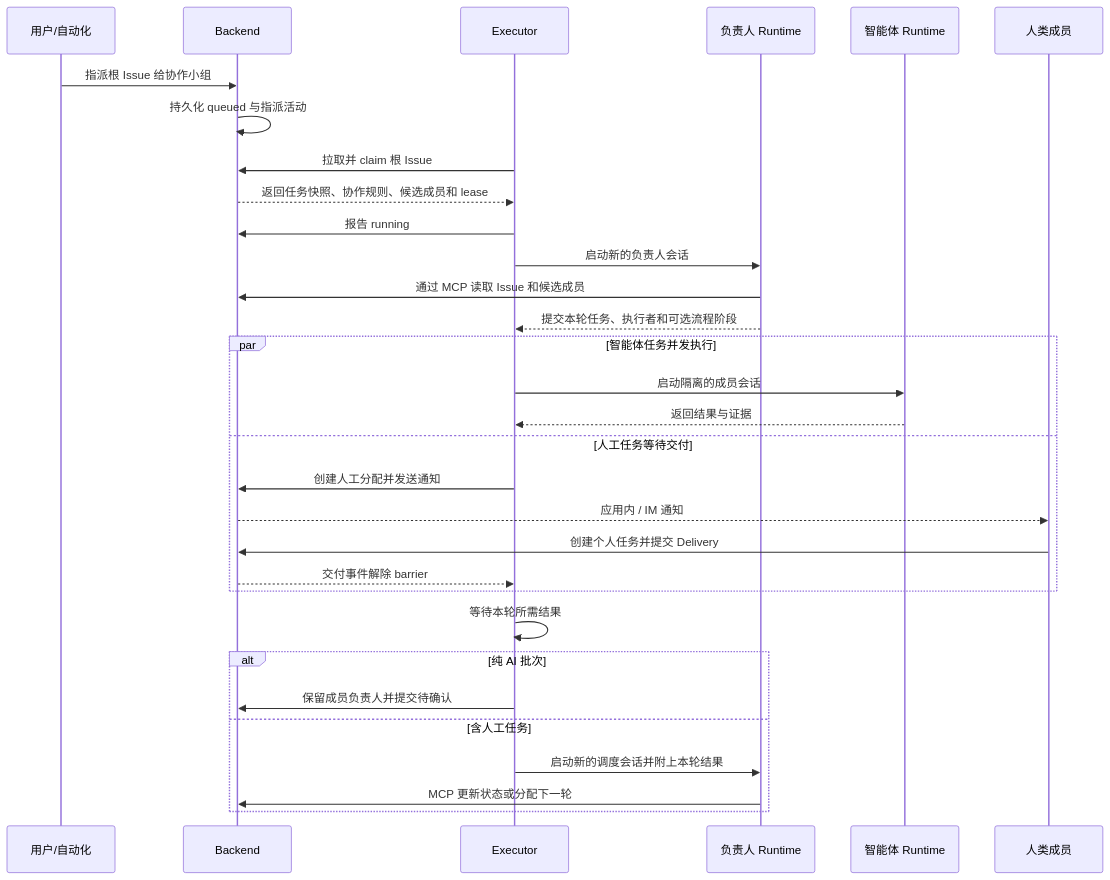
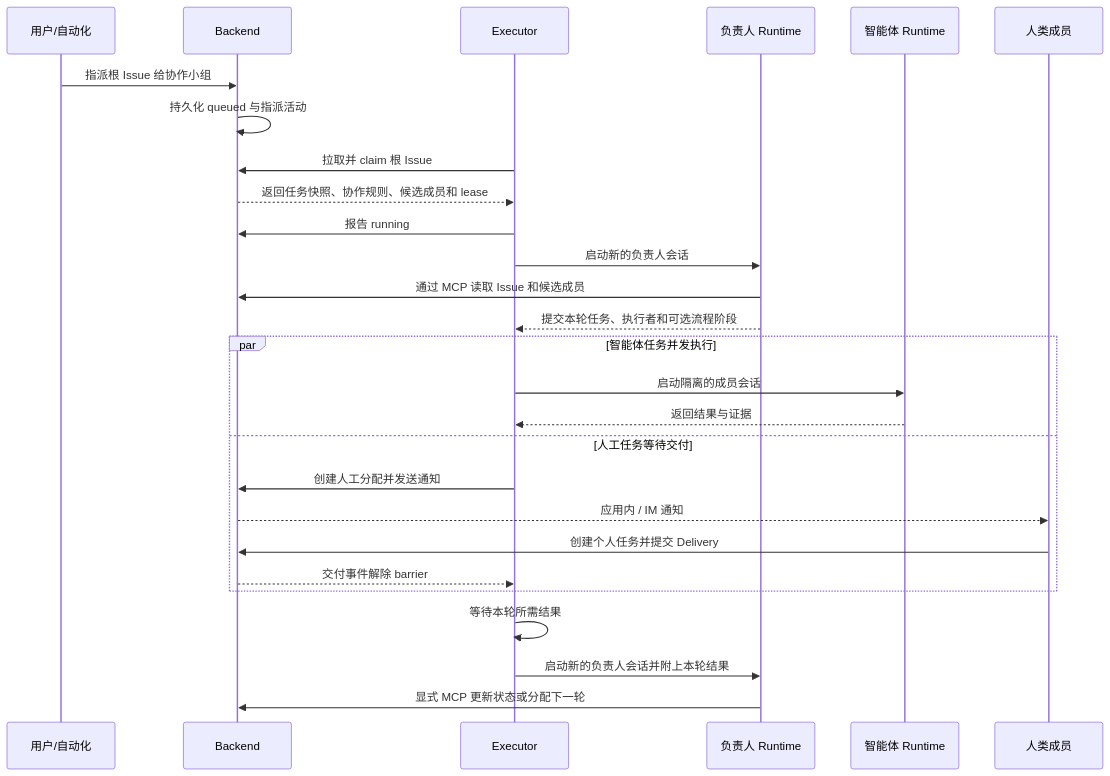
Before and after one commit to wecode-ai/Wegent: the second of 4 diagrams in docs/zh/wegent/developer-guide/cloud-project-collaboration.md, drawn with Mermaid. The commit also changed other lines of this file and 12 other files, not shown here.

````diff
--- a/docs/zh/wegent/developer-guide/cloud-project-collaboration.md
+++ b/docs/zh/wegent/developer-guide/cloud-project-collaboration.md
@@ -165,34 +164,30 @@
 ```mermaid
 sequenceDiagram
     participant U as 用户/自动化
     participant B as Backend
     participant E as Executor
     participant M as 负责人 Runtime
     participant A as 智能体 Runtime
     participant H as 人类成员
 
     U->>B: 指派根 Issue 给协作小组
     B->>B: 持久化 queued 与指派活动
     E->>B: 拉取并 claim 根 Issue
     B-->>E: 返回任务快照、协作规则、候选成员和 lease
     E->>B: 报告 running
     E->>M: 启动新的负责人会话
     M->>B: 通过 MCP 读取 Issue 和候选成员
     M-->>E: 提交本轮任务、执行者和可选流程阶段
     par 智能体任务并发执行
         E->>A: 启动隔离的成员会话
         A-->>E: 返回结果与证据
     and 人工任务等待交付
         E->>B: 创建人工分配并发送通知
         B-->>H: 应用内 / IM 通知
         H->>B: 创建个人任务并提交 Delivery
         B-->>E: 交付事件解除 barrier
     end
     E->>E: 等待本轮所需结果
-    alt 纯 AI 批次
-        E->>B: 保留成员负责人并提交待确认
-    else 含人工任务
-        E->>M: 启动新的调度会话并附上本轮结果
-        M->>B: MCP 更新状态或分配下一轮
-    end
+    E->>M: 启动新的负责人会话并附上本轮结果
+    M->>B: 显式 MCP 更新状态或分配下一轮
 ```
````
